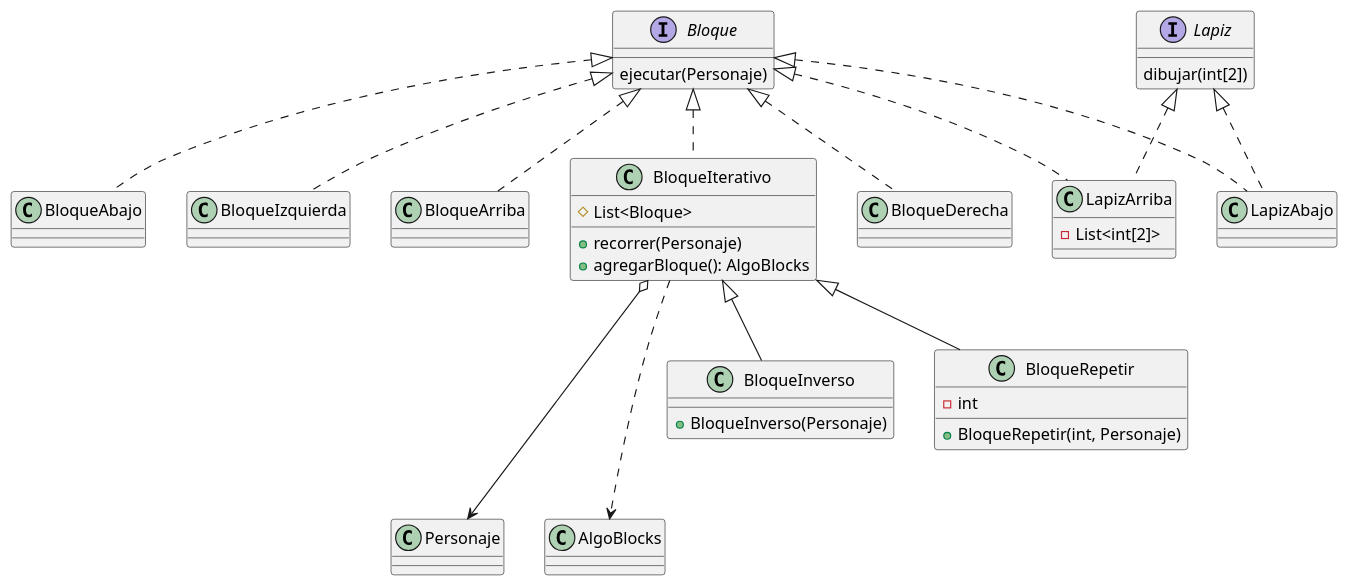
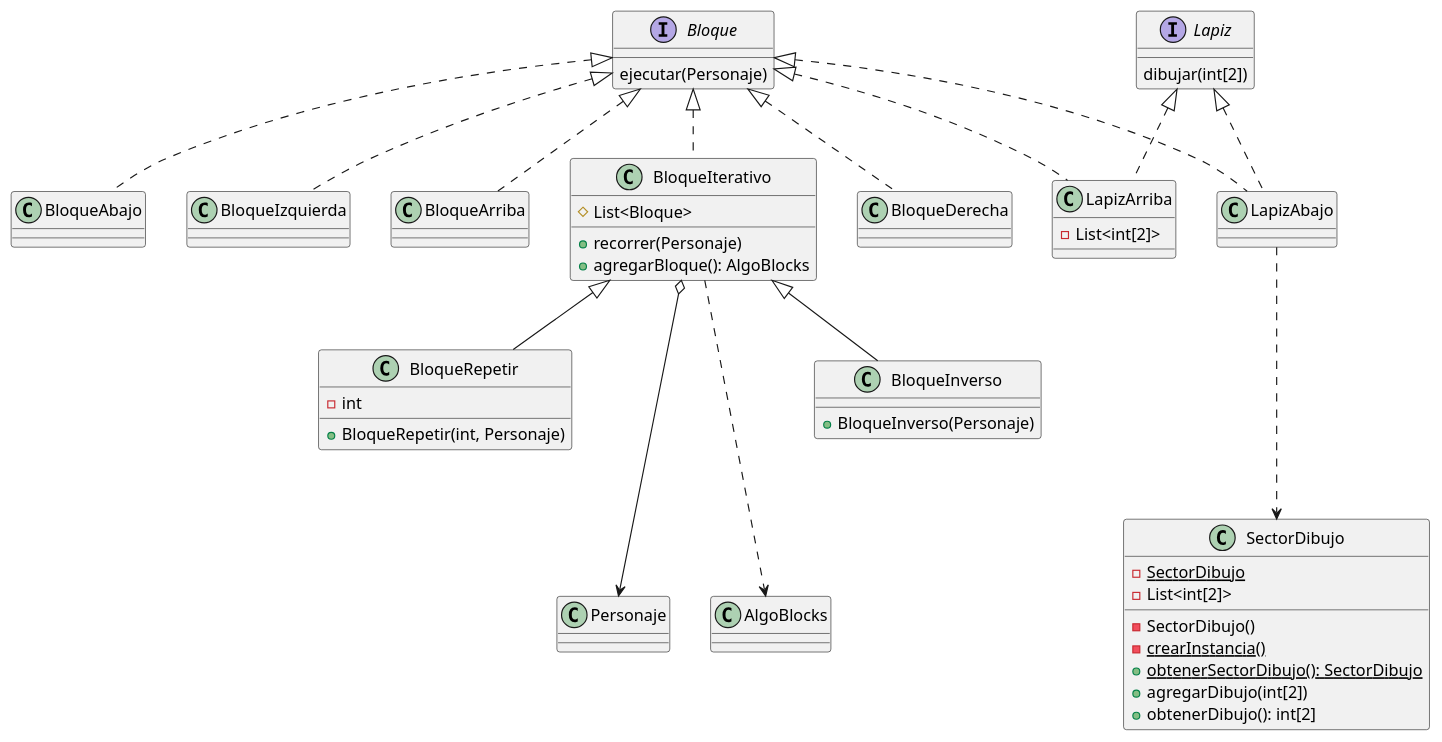
The diagram in Diagramas/Bloque y Lapiz UML.puml (trinibucc/TP2-AlgoBlocks), drawn with PlantUML before and after one commit. The commit also changed 10 other files, not shown here.

Commit message:
Agregue diagramas UML y secuencia

```diff
--- a/Diagramas/Bloque y Lapiz UML.puml
+++ b/Diagramas/Bloque y Lapiz UML.puml
@@ -1,47 +1,58 @@
 @startuml
 
 interface Bloque{
      ejecutar(Personaje)
 }
 
 class BloqueDerecha implements Bloque{
 }
 
 class BloqueAbajo implements Bloque{
 }
 
 class BloqueIzquierda implements Bloque{
 }
 
 class BloqueArriba implements Bloque{
 }
 
 class BloqueIterativo implements Bloque{
     # List<Bloque>
     + recorrer(Personaje)
     + agregarBloque(): AlgoBlocks
 }
 BloqueIterativo o---> Personaje
 BloqueIterativo ...> AlgoBlocks
 
 class BloqueInverso extends BloqueIterativo{
     + BloqueInverso(Personaje)
 }
 
 class BloqueRepetir extends BloqueIterativo{
     - int
     + BloqueRepetir(int, Personaje)
 }
 
 interface Lapiz{
     dibujar(int[2])
 }
 
 class LapizAbajo implements Lapiz, Bloque{
 }
+LapizAbajo ...> SectorDibujo
 
 class LapizArriba implements Lapiz, Bloque{
     - List<int[2]>
 }
 
+class SectorDibujo{
+    - {static} SectorDibujo
+    - List<int[2]>
+    - SectorDibujo()
+    - {static} crearInstancia()
+    + {static} obtenerSectorDibujo(): SectorDibujo
+    + agregarDibujo(int[2])
+    + obtenerDibujo(): int[2]
+}
+
 @enduml
```
